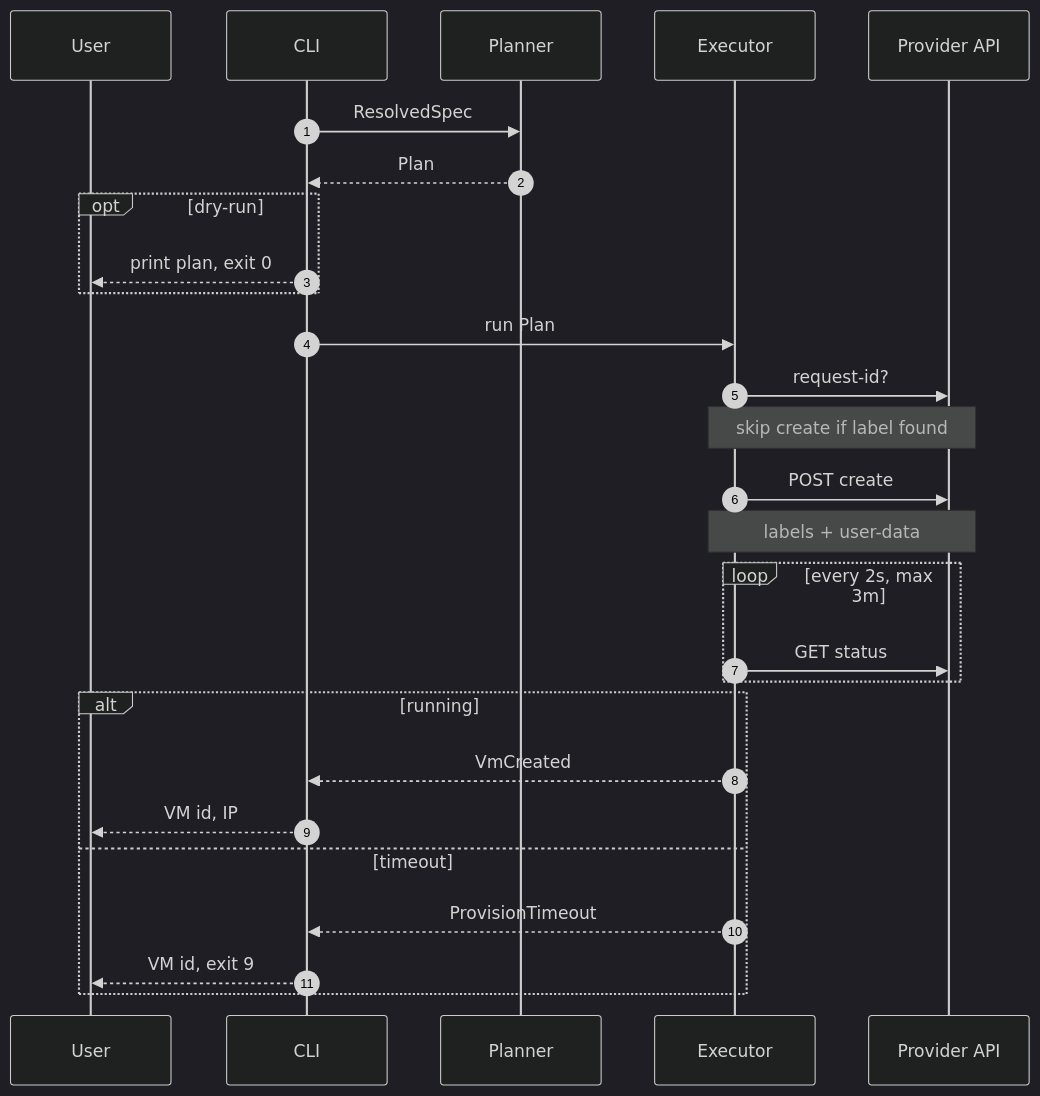
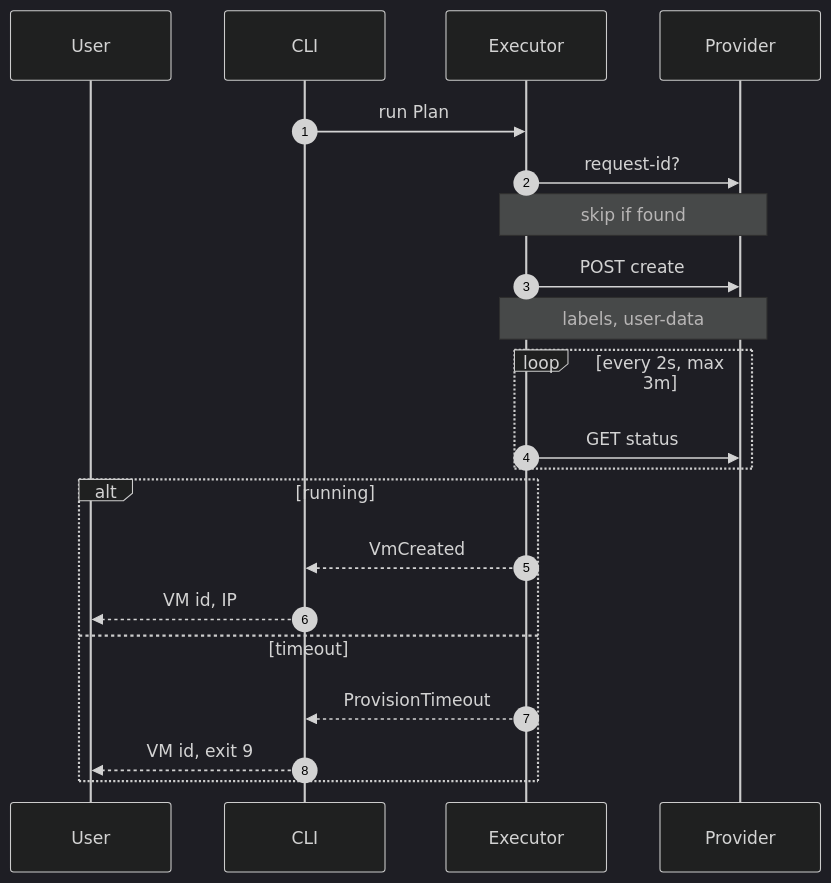
Before and after one commit to nickstrad/vm-maker: the diagram in docs/diagrams/architecture-create-execute.mmd, drawn with Mermaid (dark theme). The commit also changed 13 other files, not shown here.

First line of the commit message:
Split architecture diagrams to fit 70 columns

```diff
--- a/docs/diagrams/architecture-create-execute.mmd
+++ b/docs/diagrams/architecture-create-execute.mmd
@@ -1,28 +1,22 @@
 %% draw-visual:
 sequenceDiagram
   autonumber
   participant U as User
   participant CLI
-  participant PLN as Planner
   participant EXE as Executor
-  participant API as Provider API
-  CLI->>PLN: ResolvedSpec
-  PLN-->>CLI: Plan
-  opt dry-run
-    CLI-->>U: print plan, exit 0
-  end
+  participant API as Provider
   CLI->>EXE: run Plan
   EXE->>API: request-id?
-  Note over EXE,API: skip create if label found
+  Note over EXE,API: skip if found
   EXE->>API: POST create
-  Note over EXE,API: labels + user-data
+  Note over EXE,API: labels, user-data
   loop every 2s, max 3m
     EXE->>API: GET status
   end
   alt running
     EXE-->>CLI: VmCreated
     CLI-->>U: VM id, IP
   else timeout
     EXE-->>CLI: ProvisionTimeout
     CLI-->>U: VM id, exit 9
   end
```
